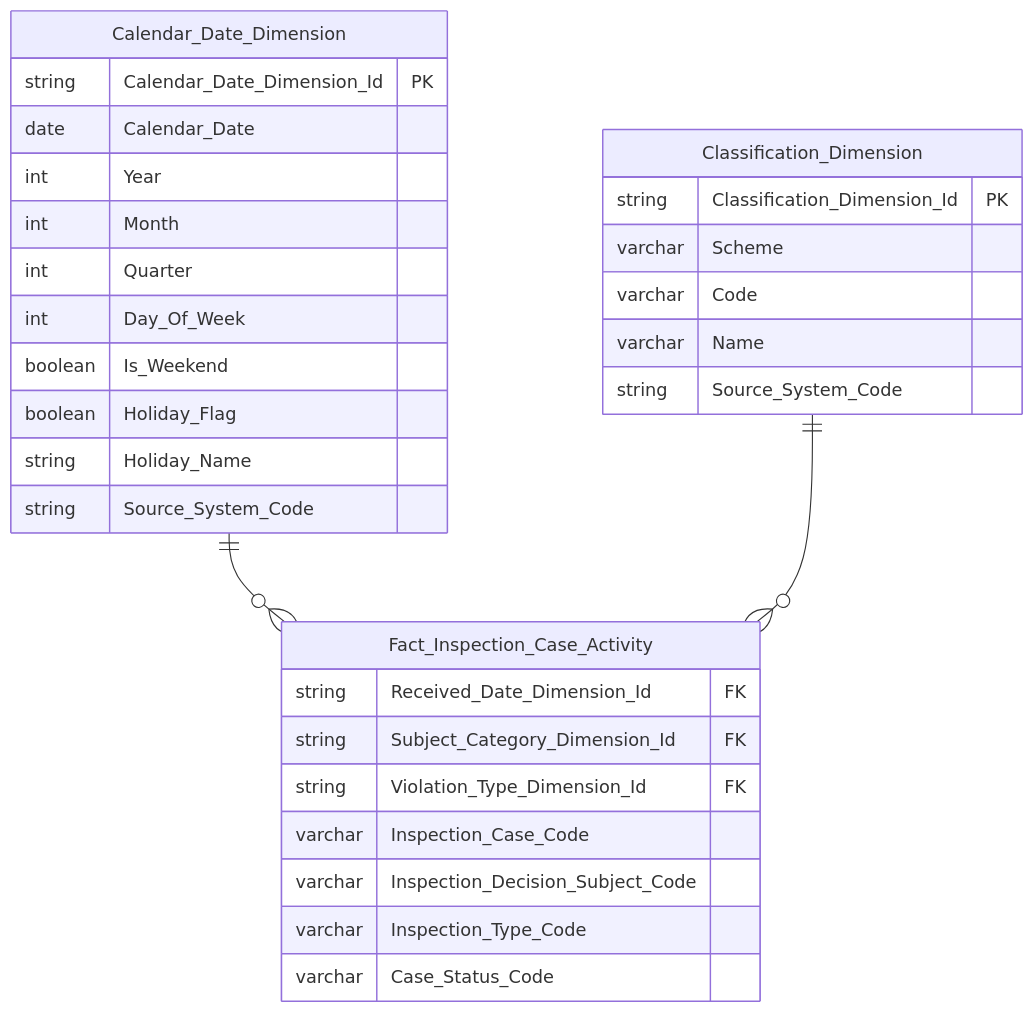
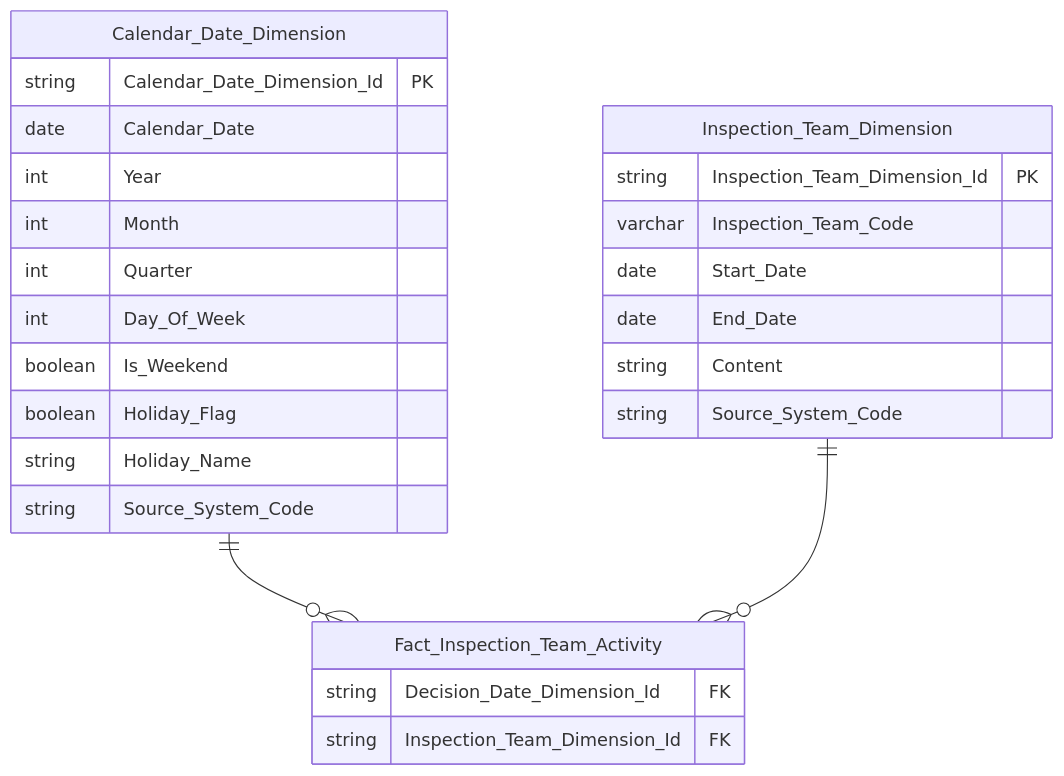
One commit to linhlvit/ubck_atomic_design changed the tenth of 43 diagrams in Datamart/hld/DTM_TT_HLD.md. Above: the diagram before and after it, drawn with Mermaid. The commit also changed other lines of this file and 9 other files, not shown here.

````diff
--- a/Datamart/hld/DTM_TT_HLD.md
+++ b/Datamart/hld/DTM_TT_HLD.md
@@ -215,33 +347,29 @@
 ```mermaid
 erDiagram
-    Calendar_Date_Dimension ||--o{ Fact_Inspection_Case_Activity : " "
-    Classification_Dimension ||--o{ Fact_Inspection_Case_Activity : " "
-    Fact_Inspection_Case_Activity {
-        string Received_Date_Dimension_Id FK
-        string Subject_Category_Dimension_Id FK
-        string Violation_Type_Dimension_Id FK
-        varchar Inspection_Case_Code
-        varchar Inspection_Decision_Subject_Code
-        varchar Inspection_Type_Code
-        varchar Case_Status_Code
+    Calendar_Date_Dimension ||--o{ Fact_Inspection_Team_Activity : " "
+    Inspection_Team_Dimension ||--o{ Fact_Inspection_Team_Activity : " "
+    Fact_Inspection_Team_Activity {
+        string Decision_Date_Dimension_Id FK
+        string Inspection_Team_Dimension_Id FK
     }
     Calendar_Date_Dimension {
         string Calendar_Date_Dimension_Id PK
         date Calendar_Date
         int Year
         int Month
         int Quarter
         int Day_Of_Week
         boolean Is_Weekend
         boolean Holiday_Flag
         string Holiday_Name
         string Source_System_Code
     }
-    Classification_Dimension {
-        string Classification_Dimension_Id PK
-        varchar Scheme
-        varchar Code
-        varchar Name
+    Inspection_Team_Dimension {
+        string Inspection_Team_Dimension_Id PK
+        varchar Inspection_Team_Code
+        date Start_Date
+        date End_Date
+        string Content
         string Source_System_Code
     }
 ```
````
